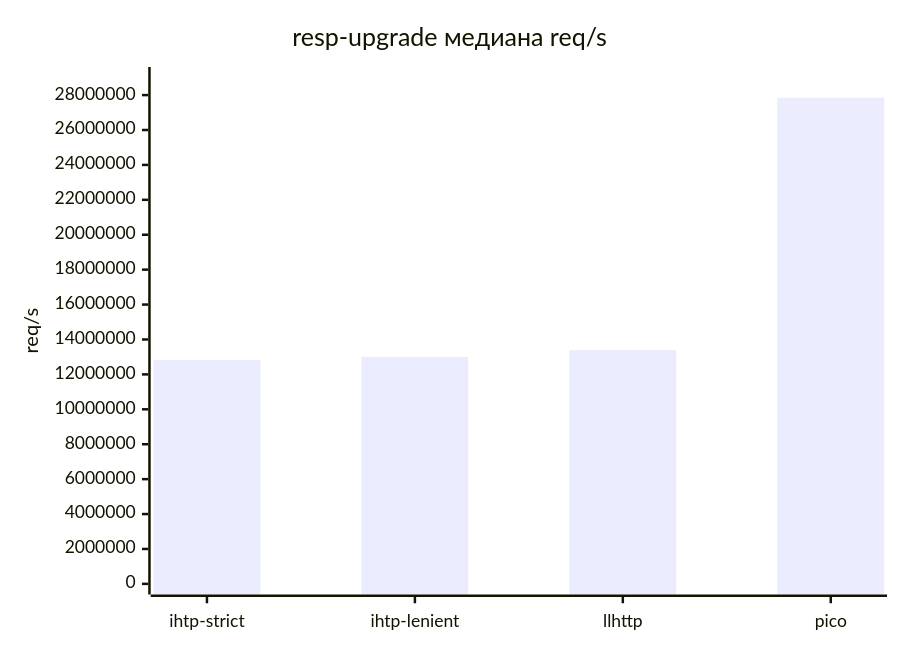
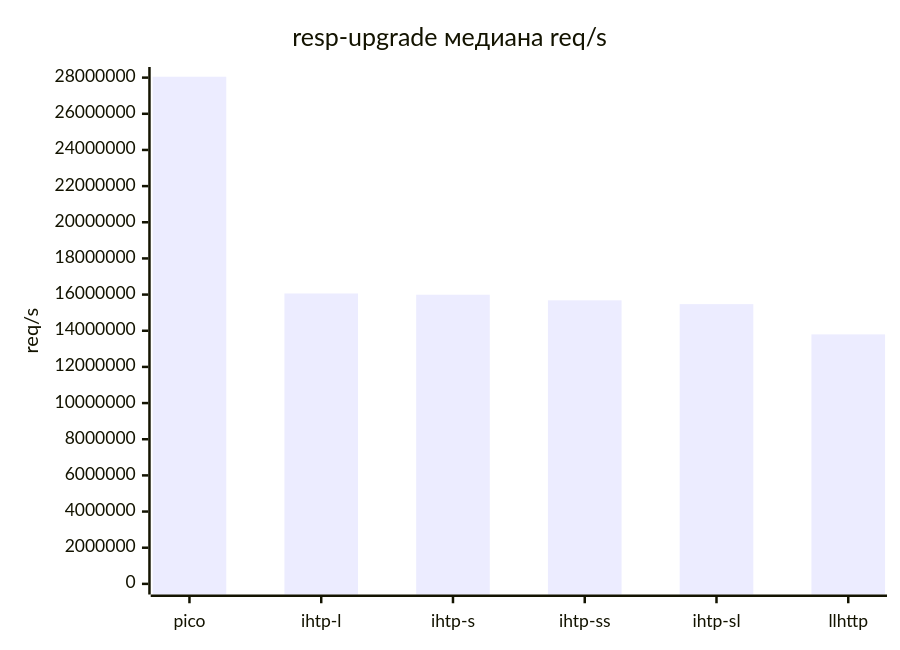
One commit to ioplane/iohttpparser changed the fifth of 6 diagrams in docs/ru/09-test-results.md. Above: the diagram before and after it, drawn with Mermaid. The commit also changed other lines of this file and 24 other files, not shown here.

````diff
--- a/docs/ru/09-test-results.md
+++ b/docs/ru/09-test-results.md
@@ -197,7 +195,7 @@
 ```mermaid
 xychart-beta
     title "resp-upgrade медиана req/s"
-    x-axis ["ihtp-strict", "ihtp-lenient", "llhttp", "pico"]
-    y-axis "req/s" 0 --> 29000000
-    bar [12829842.42, 13000813.27, 13391228.97, 27851809.43]
+    x-axis ["pico", "ihtp-l", "ihtp-s", "ihtp-ss", "ihtp-sl", "llhttp"]
+    y-axis "req/s" 0 --> 28000000
+    bar [28050353.19, 16060830.72, 15993263.64, 15683676.55, 15472213.10, 13800504.33]
 ```
````
